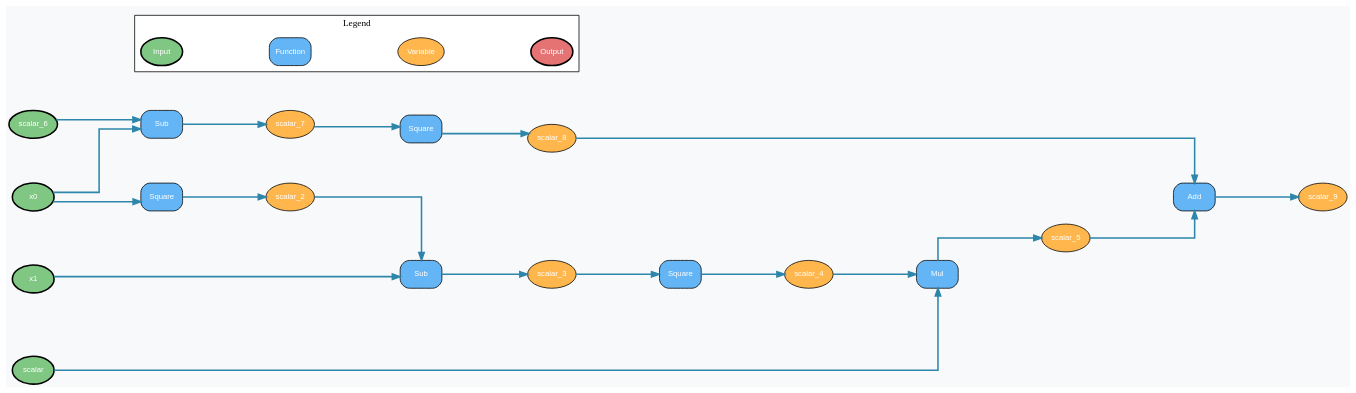
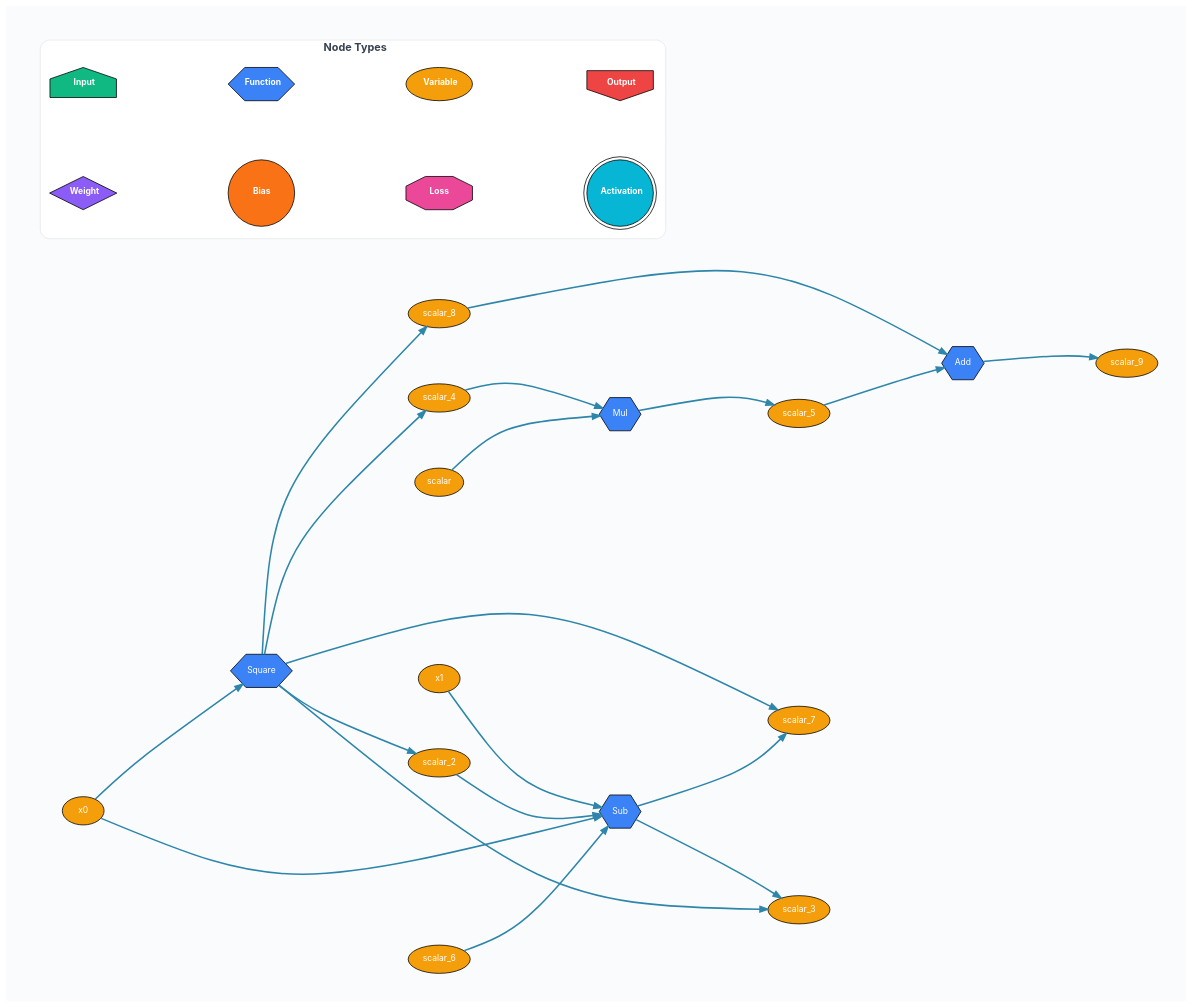
The diagram in graph/rosenbrock.dot (3QNRpDwD/TrenchDeep), drawn with Graphviz before and after one commit. The commit also changed 3 other files, not shown here.

Commit message:
Enhance graph visualization styles and update operator usage in tests

```diff
--- a/graph/rosenbrock.dot
+++ b/graph/rosenbrock.dot
@@ -1,64 +1,82 @@
 digraph ComputationGraph {
-bgcolor="#F8F9FA";
-rankdir=LR;  // 좌우 배치로 데이터 흐름을 더 직관적으로
-splines=ortho;
-nodesep=0.8;
-ranksep=1.5;
-node [fontname="Arial", fontsize=10];
-edge [fontname="Arial", fontsize=8];
+// 모던한 전체 스타일링
+bgcolor="#FAFBFC";
+rankdir=LR;
+splines=curved;
+nodesep=1.0;
+ranksep=2.0;
+pad=0.5;
 
-    "0x1edc6e87ea0" [label="Sub", shape=box, style="filled,rounded", fillcolor="#64B5F6", fontcolor="white"];
-    "NodeId(43)" [label="scalar_9", shape=ellipse, style="filled", fillcolor="#FFB74D", fontcolor="white"];
-    "0x1edc6ec4e30" [label="Sub", shape=box, style="filled,rounded", fillcolor="#64B5F6", fontcolor="white"];
-    "NodeId(40)" [label="scalar_7", shape=ellipse, style="filled", fillcolor="#FFB74D", fontcolor="white"];
-    "0x1edc6ec4da0" [label="Square", shape=box, style="filled,rounded", fillcolor="#64B5F6", fontcolor="white"];
-    "NodeId(36)" [label="scalar_5", shape=ellipse, style="filled", fillcolor="#FFB74D", fontcolor="white"];
-    "0x1edc6e877e0" [label="Square", shape=box, style="filled,rounded", fillcolor="#64B5F6", fontcolor="white"];
-    "NodeId(34)" [label="scalar_4", shape=ellipse, style="filled", fillcolor="#FFB74D", fontcolor="white"];
-    "NodeId(28)" [label="scalar", shape=ellipse, style="filled,bold", fillcolor="#81C784", fontcolor="white"];
-    "NodeId(31)" [label="scalar_3", shape=ellipse, style="filled", fillcolor="#FFB74D", fontcolor="white"];
-    "NodeId(41)" [label="scalar_8", shape=ellipse, style="filled", fillcolor="#FFB74D", fontcolor="white"];
-    "0x1edc6ec4e90" [label="Mul", shape=box, style="filled,rounded", fillcolor="#64B5F6", fontcolor="white"];
-    "NodeId(20)" [label="x1", shape=ellipse, style="filled,bold", fillcolor="#81C784", fontcolor="white"];
-    "0x1edc6eca460" [label="Add", shape=box, style="filled,rounded", fillcolor="#64B5F6", fontcolor="white"];
-    "NodeId(30)" [label="scalar_2", shape=ellipse, style="filled", fillcolor="#FFB74D", fontcolor="white"];
-    "NodeId(39)" [label="scalar_6", shape=ellipse, style="filled,bold", fillcolor="#81C784", fontcolor="white"];
-    "0x1edc6e87e70" [label="Square", shape=box, style="filled,rounded", fillcolor="#64B5F6", fontcolor="white"];
-    "NodeId(19)" [label="x0", shape=ellipse, style="filled,bold", fillcolor="#81C784", fontcolor="white"];
-    { rank=source; "NodeId(28)"; "NodeId(20)"; "NodeId(39)"; "NodeId(19)"; }
+// 기본 노드/엣지 스타일
+node [fontname="SF Pro Display, -apple-system, BlinkMacSystemFont, Segoe UI, Roboto, Arial", fontsize=11, margin=0.1];
+edge [fontname="SF Pro Display, -apple-system, BlinkMacSystemFont, Segoe UI, Roboto, Arial", fontsize=9, color="#6B7280", penwidth=1.5];
 
-    // 범례
+    "NodeId(41)" [label="Mul", shape=hexagon, style="filled", fillcolor="#3B82F6", fontcolor="white"];
+    "NodeId(36)" [label="x0", shape=ellipse, style="filled", fillcolor="#F59E0B", fontcolor="white"];
+    "NodeId(63)" [label="scalar_7", shape=ellipse, style="filled", fillcolor="#F59E0B", fontcolor="white"];
+    "NodeId(65)" [label="scalar_9", shape=ellipse, style="filled", fillcolor="#F59E0B", fontcolor="white"];
+    "NodeId(40)" [label="Square", shape=hexagon, style="filled", fillcolor="#3B82F6", fontcolor="white"];
+    "NodeId(45)" [label="scalar", shape=ellipse, style="filled", fillcolor="#F59E0B", fontcolor="white"];
+    "NodeId(61)" [label="scalar_6", shape=ellipse, style="filled", fillcolor="#F59E0B", fontcolor="white"];
+    "NodeId(39)" [label="Add", shape=hexagon, style="filled", fillcolor="#3B82F6", fontcolor="white"];
+    "NodeId(48)" [label="scalar_3", shape=ellipse, style="filled", fillcolor="#F59E0B", fontcolor="white"];
+    "NodeId(46)" [label="scalar_2", shape=ellipse, style="filled", fillcolor="#F59E0B", fontcolor="white"];
+    "NodeId(51)" [label="scalar_4", shape=ellipse, style="filled", fillcolor="#F59E0B", fontcolor="white"];
+    "NodeId(56)" [label="scalar_5", shape=ellipse, style="filled", fillcolor="#F59E0B", fontcolor="white"];
+    "NodeId(37)" [label="x1", shape=ellipse, style="filled", fillcolor="#F59E0B", fontcolor="white"];
+    "NodeId(64)" [label="scalar_8", shape=ellipse, style="filled", fillcolor="#F59E0B", fontcolor="white"];
+    "NodeId(38)" [label="Sub", shape=hexagon, style="filled", fillcolor="#3B82F6", fontcolor="white"];
+
+    // 범례 - 모던 스타일
     subgraph cluster_legend {
-        label="Legend";
-        style=filled;
+        label=<<B>Node Types</B>>;
+        style="filled,rounded";
         fillcolor="#FFFFFF";
-        fontsize=12;
-        fontname="Arial Bold";
+        color="#E5E7EB";
+        penwidth=1;
+        fontsize=14;
+        fontname="SF Pro Display, -apple-system, BlinkMacSystemFont, Segoe UI, Roboto, Arial";
+        fontcolor="#374151";
+        margin=12;
         
-        legend_input [label="Input", shape=ellipse, style="filled,bold", fillcolor="#81C784", fontcolor="white"];
-        legend_func [label="Function", shape=box, style="filled,rounded", fillcolor="#64B5F6", fontcolor="white"];
-        legend_var [label="Variable", shape=ellipse, style="filled", fillcolor="#FFB74D", fontcolor="white"];
-        legend_output [label="Output", shape=ellipse, style="filled,bold", fillcolor="#E57373", fontcolor="white"];
+        // 첫 번째 열
+        legend_input [label=<<B>Input</B>>, shape=house, style="filled", fillcolor="#10B981", fontcolor="white", width=1.2, height=0.6];
+        legend_func [label=<<B>Function</B>>, shape=hexagon, style="filled", fillcolor="#3B82F6", fontcolor="white", width=1.2, height=0.6];
+        legend_var [label=<<B>Variable</B>>, shape=ellipse, style="filled", fillcolor="#F59E0B", fontcolor="white", width=1.2, height=0.6];
+        legend_output [label=<<B>Output</B>>, shape=invhouse, style="filled", fillcolor="#EF4444", fontcolor="white", width=1.2, height=0.6];
+        
+        // 두 번째 열
+        legend_weight [label=<<B>Weight</B>>, shape=diamond, style="filled", fillcolor="#8B5CF6", fontcolor="white", width=1.2, height=0.6];
+        legend_bias [label=<<B>Bias</B>>, shape=circle, style="filled", fillcolor="#F97316", fontcolor="white", width=1.2, height=0.6];
+        legend_loss [label=<<B>Loss</B>>, shape=octagon, style="filled", fillcolor="#EC4899", fontcolor="white", width=1.2, height=0.6];
+        legend_activation [label=<<B>Activation</B>>, shape=doublecircle, style="filled", fillcolor="#06B6D4", fontcolor="white", width=1.2, height=0.6];
+        
+        // 범례 레이아웃
+        { rank=same; legend_input; legend_weight; }
+        { rank=same; legend_func; legend_bias; }
+        { rank=same; legend_var; legend_loss; }
+        { rank=same; legend_output; legend_activation; }
         
         legend_input -> legend_func -> legend_var -> legend_output [style=invis];
+        legend_weight -> legend_bias -> legend_loss -> legend_activation [style=invis];
     }
 
-    "NodeId(19)" -> "0x1edc6e87e70" [style=solid, color="#2E86AB", penwidth=2];
-    "0x1edc6e87e70" -> "NodeId(30)" [style=solid, color="#2E86AB", penwidth=2];
-    "NodeId(20)" -> "0x1edc6e87ea0" [style=solid, color="#2E86AB", penwidth=2];
-    "NodeId(30)" -> "0x1edc6e87ea0" [style=solid, color="#2E86AB", penwidth=2];
-    "0x1edc6e87ea0" -> "NodeId(31)" [style=solid, color="#2E86AB", penwidth=2];
-    "NodeId(31)" -> "0x1edc6e877e0" [style=solid, color="#2E86AB", penwidth=2];
-    "0x1edc6e877e0" -> "NodeId(34)" [style=solid, color="#2E86AB", penwidth=2];
-    "NodeId(28)" -> "0x1edc6ec4e90" [style=solid, color="#2E86AB", penwidth=2];
-    "NodeId(34)" -> "0x1edc6ec4e90" [style=solid, color="#2E86AB", penwidth=2];
-    "0x1edc6ec4e90" -> "NodeId(36)" [style=solid, color="#2E86AB", penwidth=2];
-    "NodeId(39)" -> "0x1edc6ec4e30" [style=solid, color="#2E86AB", penwidth=2];
-    "NodeId(19)" -> "0x1edc6ec4e30" [style=solid, color="#2E86AB", penwidth=2];
-    "0x1edc6ec4e30" -> "NodeId(40)" [style=solid, color="#2E86AB", penwidth=2];
-    "NodeId(40)" -> "0x1edc6ec4da0" [style=solid, color="#2E86AB", penwidth=2];
-    "0x1edc6ec4da0" -> "NodeId(41)" [style=solid, color="#2E86AB", penwidth=2];
-    "NodeId(36)" -> "0x1edc6eca460" [style=solid, color="#2E86AB", penwidth=2];
-    "NodeId(41)" -> "0x1edc6eca460" [style=solid, color="#2E86AB", penwidth=2];
-    "0x1edc6eca460" -> "NodeId(43)" [style=solid, color="#2E86AB", penwidth=2];
+    "NodeId(36)" -> "NodeId(40)" [style=solid, color="#2E86AB", penwidth=2];
+    "NodeId(40)" -> "NodeId(46)" [style=solid, color="#2E86AB", penwidth=2];
+    "NodeId(37)" -> "NodeId(38)" [style=solid, color="#2E86AB", penwidth=2];
+    "NodeId(46)" -> "NodeId(38)" [style=solid, color="#2E86AB", penwidth=2];
+    "NodeId(38)" -> "NodeId(48)" [style=solid, color="#2E86AB", penwidth=2];
+    "NodeId(48)" -> "NodeId(40)" [style=solid, color="#2E86AB", penwidth=2];
+    "NodeId(40)" -> "NodeId(51)" [style=solid, color="#2E86AB", penwidth=2];
+    "NodeId(45)" -> "NodeId(41)" [style=solid, color="#2E86AB", penwidth=2];
+    "NodeId(51)" -> "NodeId(41)" [style=solid, color="#2E86AB", penwidth=2];
+    "NodeId(41)" -> "NodeId(56)" [style=solid, color="#2E86AB", penwidth=2];
+    "NodeId(61)" -> "NodeId(38)" [style=solid, color="#2E86AB", penwidth=2];
+    "NodeId(36)" -> "NodeId(38)" [style=solid, color="#2E86AB", penwidth=2];
+    "NodeId(38)" -> "NodeId(63)" [style=solid, color="#2E86AB", penwidth=2];
+    "NodeId(63)" -> "NodeId(40)" [style=solid, color="#2E86AB", penwidth=2];
+    "NodeId(40)" -> "NodeId(64)" [style=solid, color="#2E86AB", penwidth=2];
+    "NodeId(56)" -> "NodeId(39)" [style=solid, color="#2E86AB", penwidth=2];
+    "NodeId(64)" -> "NodeId(39)" [style=solid, color="#2E86AB", penwidth=2];
+    "NodeId(39)" -> "NodeId(65)" [style=solid, color="#2E86AB", penwidth=2];
 }
```
